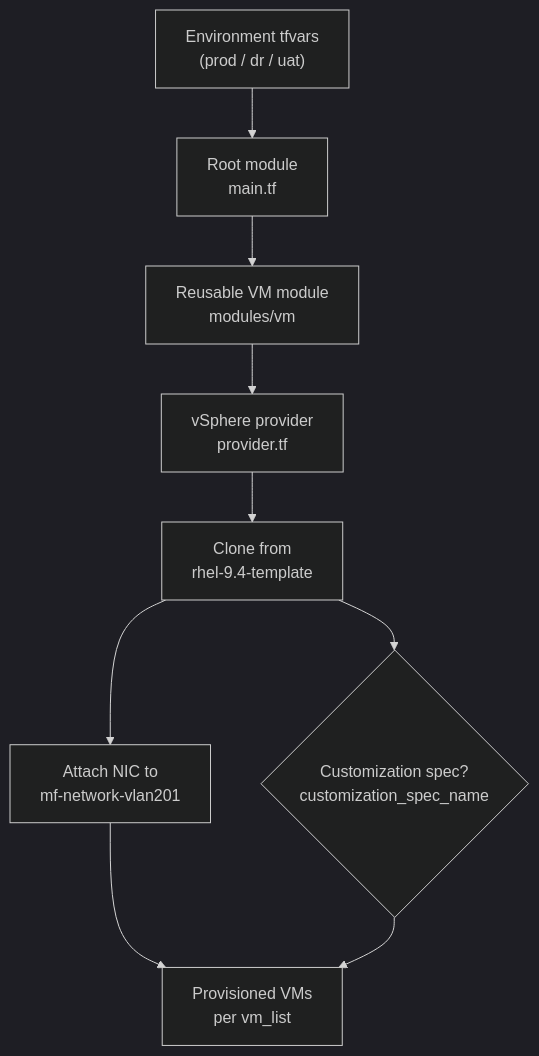
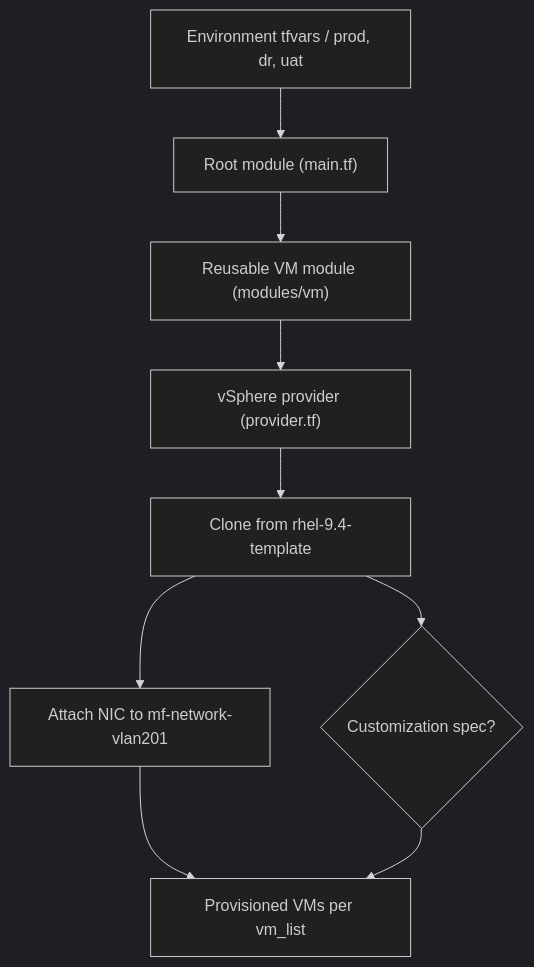
The diagram in Projects/infrastructure-as-code/opentext-iam-patch-terraform-vm-provisioning/README.md (engabelal/DevOps-Cloud-Portfolio), drawn with Mermaid (dark theme) before and after one commit.

````diff
--- a/Projects/infrastructure-as-code/opentext-iam-patch-terraform-vm-provisioning/README.md
+++ b/Projects/infrastructure-as-code/opentext-iam-patch-terraform-vm-provisioning/README.md
@@ -38,11 +38,11 @@
 ```mermaid
 graph TD
-    TFVars["Environment tfvars\n(prod / dr / uat)"] --> Root["Root module\nmain.tf"]
-    Root --> Module["Reusable VM module\nmodules/vm"]
-    Module --> Provider["vSphere provider\nprovider.tf"]
-    Provider --> Template["Clone from\nrhel-9.4-template"]
-    Template --> Network["Attach NIC to\nmf-network-vlan201"]
-    Template --> Custom{"Customization spec?\ncustomization_spec_name"}
-    Network --> VMs["Provisioned VMs\nper vm_list"]
+    TFVars["Environment tfvars / prod, dr, uat"] --> Root["Root module (main.tf)"]
+    Root --> Module["Reusable VM module (modules/vm)"]
+    Module --> Provider["vSphere provider (provider.tf)"]
+    Provider --> Template["Clone from rhel-9.4-template"]
+    Template --> Network["Attach NIC to mf-network-vlan201"]
+    Template --> Custom{"Customization spec?"}
+    Network --> VMs["Provisioned VMs per vm_list"]
     Custom --> VMs
 ```
````
